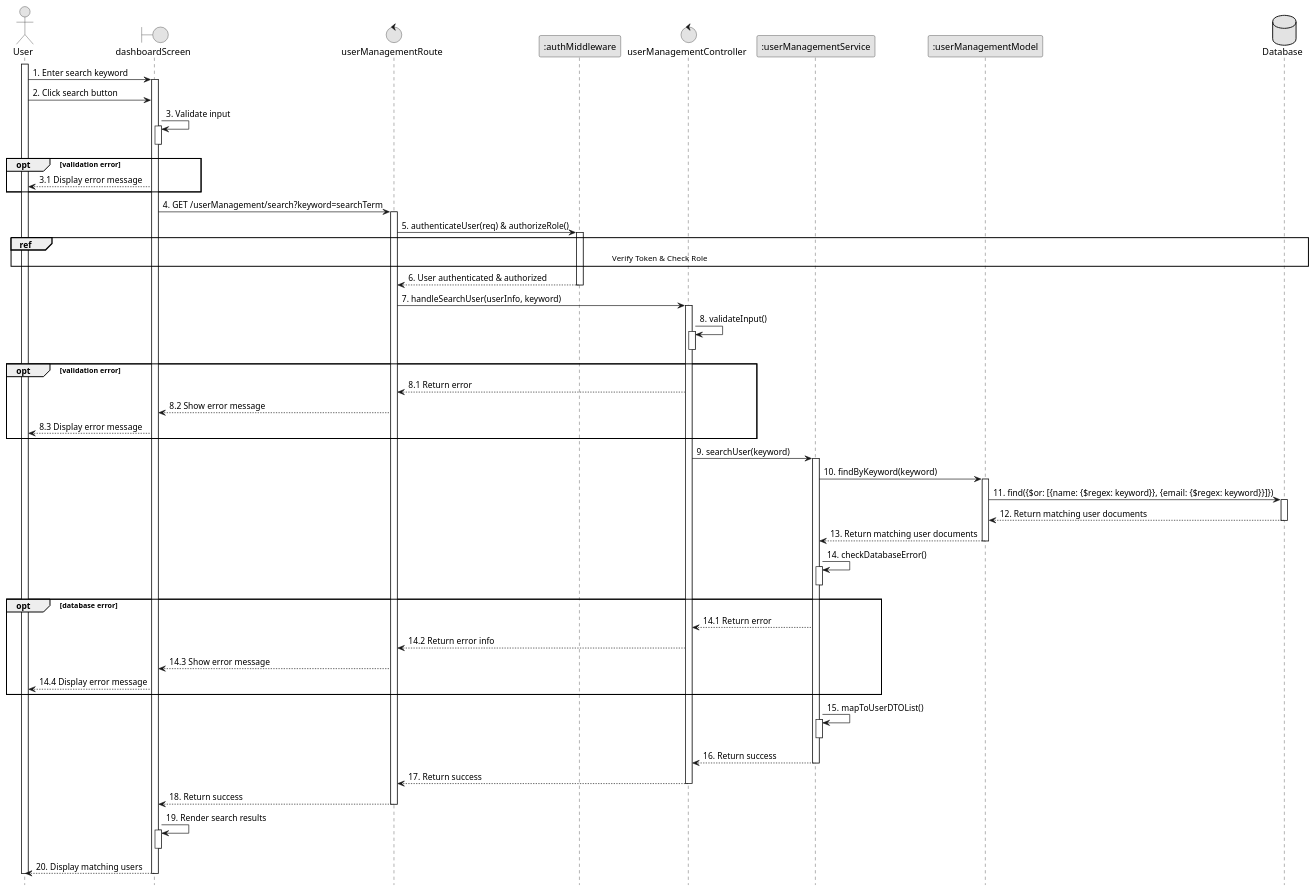
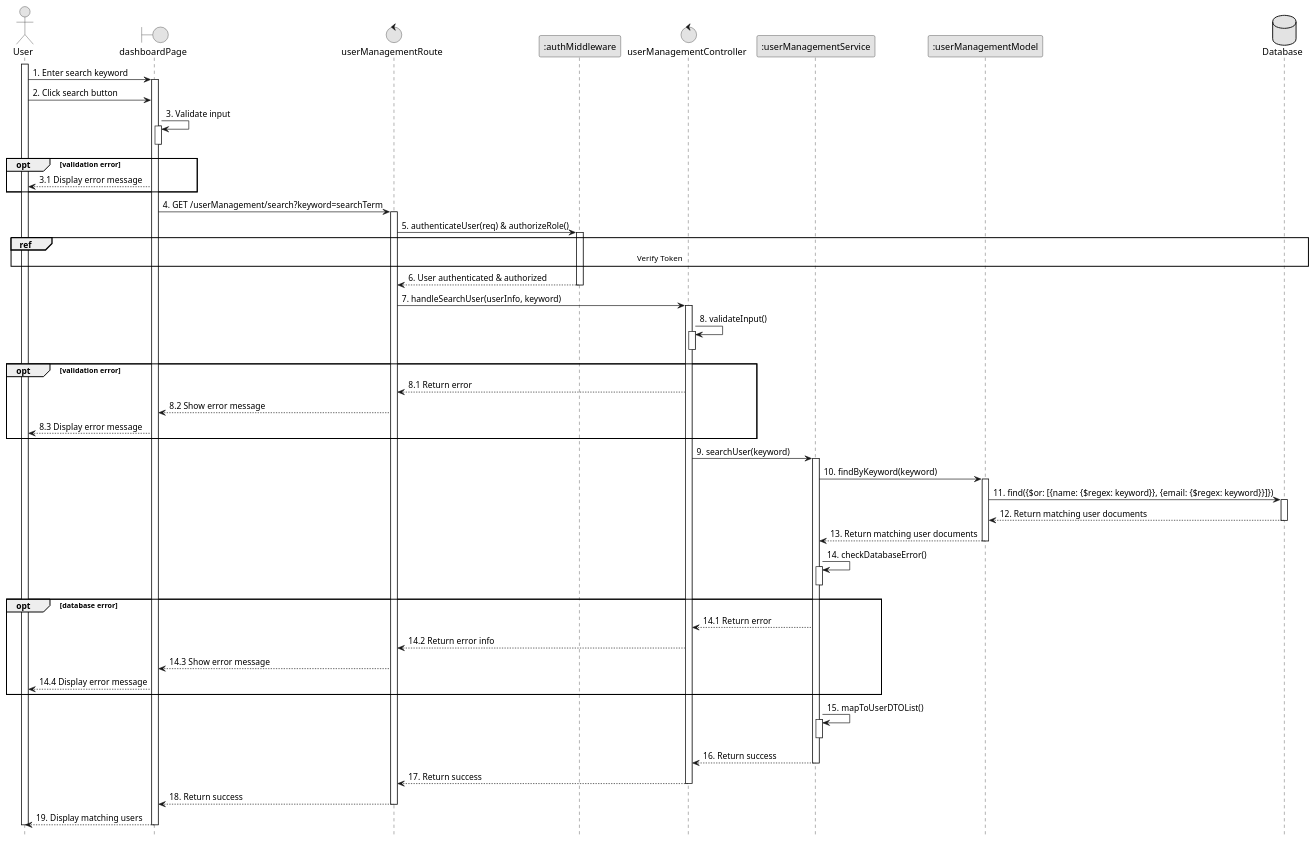
Before and after one commit to VietDurian/VietDurian: the diagram in planuml/web/12.2_searchUser.puml, drawn with PlantUML. The commit also changed 24 other files, not shown here.

Commit message:
ViVLT: Edit sequence and add check role flow for authentication sub sequence

```diff
--- a/planuml/web/12.2_searchUser.puml
+++ b/planuml/web/12.2_searchUser.puml
@@ -1,78 +1,75 @@
 @startuml 12.2_searchUser
 skinparam monochrome true
 skinparam shadowing false
 skinparam sequenceArrowThickness 1
 hide footbox
 
 actor User
-boundary dashboardScreen as UI
+boundary dashboardPage as UI
 control userManagementRoute as Route
 participant ":authMiddleware" as Middleware
 control userManagementController as Controller
 participant ":userManagementService" as Service
 participant ":userManagementModel" as Model
 database Database as DB
 
 activate User
 User -> UI : 1. Enter search keyword
 activate UI
 User -> UI : 2. Click search button
 UI -> UI : 3. Validate input
 activate UI
 deactivate UI
 opt validation error
     UI --> User : 3.1 Display error message
 end
 UI -> Route : 4. GET /userManagement/search?keyword=searchTerm
 activate Route
 Route -> Middleware : 5. authenticateUser(req) & authorizeRole()
 activate Middleware
-ref over User, DB: Verify Token & Check Role
+ref over User, DB: Verify Token
 Middleware --> Route : 6. User authenticated & authorized
 deactivate Middleware
 Route -> Controller : 7. handleSearchUser(userInfo, keyword)
 activate Controller
 Controller -> Controller : 8. validateInput()
 activate Controller
 deactivate Controller
 opt validation error
     Controller --> Route : 8.1 Return error
     Route --> UI : 8.2 Show error message
     UI --> User : 8.3 Display error message
 end
 Controller -> Service : 9. searchUser(keyword)
 activate Service
 Service -> Model : 10. findByKeyword(keyword)
 activate Model
 Model -> DB : 11. find({$or: [{name: {$regex: keyword}}, {email: {$regex: keyword}}]})
 activate DB
 DB --> Model : 12. Return matching user documents
 deactivate DB
 Model --> Service : 13. Return matching user documents
 deactivate Model
 Service -> Service : 14. checkDatabaseError()
 activate Service
 deactivate Service
 opt database error
     Service --> Controller : 14.1 Return error
     Controller --> Route : 14.2 Return error info
     Route --> UI : 14.3 Show error message
     UI --> User : 14.4 Display error message
 end
 Service -> Service : 15. mapToUserDTOList()
 activate Service
 deactivate Service
 Service --> Controller : 16. Return success
 deactivate Service
 Controller --> Route : 17. Return success
 deactivate Controller
 Route --> UI : 18. Return success
 deactivate Route
-UI -> UI : 19. Render search results
-activate UI
-deactivate UI
-UI --> User : 20. Display matching users
+UI --> User : 19. Display matching users
 deactivate UI
 deactivate User
 
 @enduml
```
